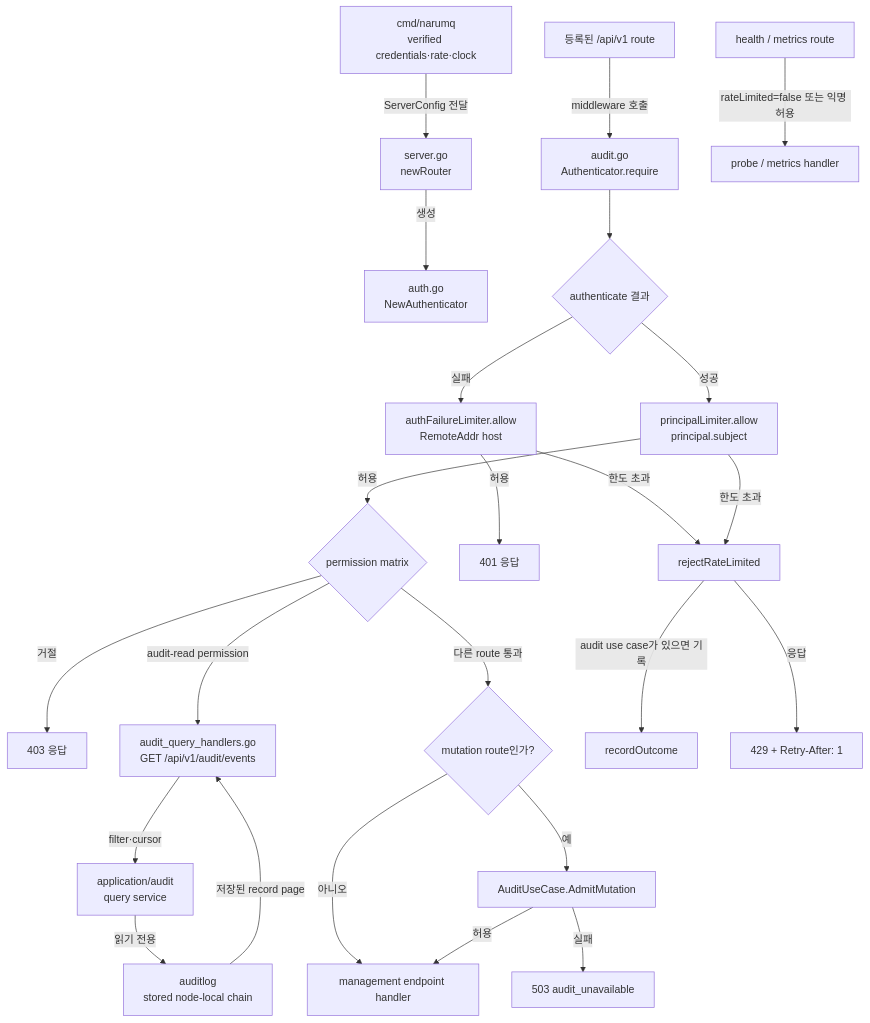
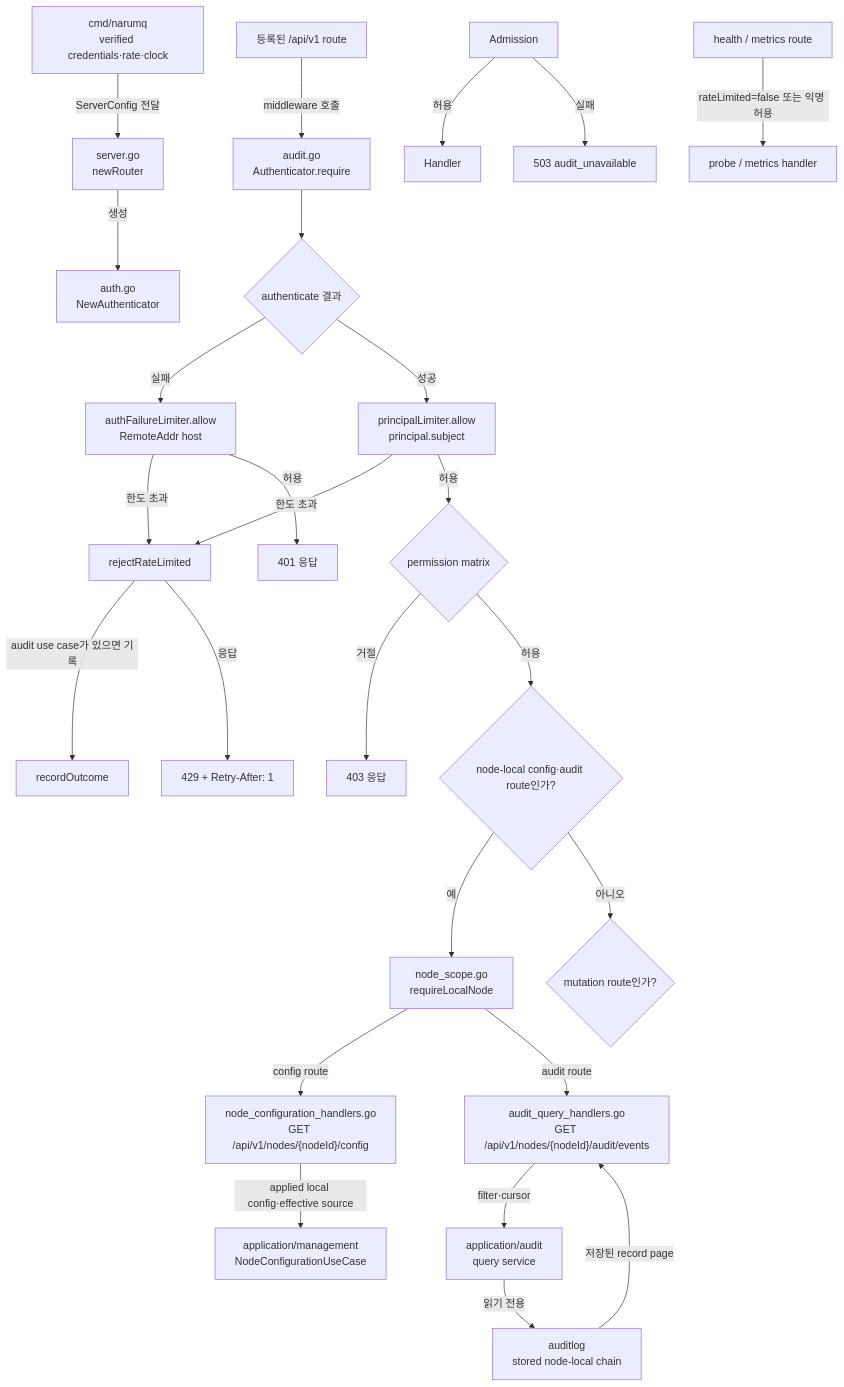
One commit to kayden-kim/narumq changed the diagram in docs/architectures/management-http-module.md. Above: the diagram before and after it, drawn with Mermaid. The commit also changed other lines of this file and 65 other files, not shown here.

Commit message:
feat: add node config and tenant quota policy APIs

````diff
--- a/docs/architectures/management-http-module.md
+++ b/docs/architectures/management-http-module.md
@@ -30,26 +30,28 @@
 ```mermaid
 flowchart TD
     Config["cmd/narumq<br/>verified credentials·rate·clock"] -->|ServerConfig 전달| Router["server.go<br/>newRouter"]
     Router -->|생성| Auth["auth.go<br/>NewAuthenticator"]
     Route["등록된 /api/v1 route"] -->|middleware 호출| Require["audit.go<br/>Authenticator.require"]
     Require --> Authenticate{"authenticate 결과"}
     Authenticate -->|실패| IPBucket["authFailureLimiter.allow<br/>RemoteAddr host"]
     IPBucket -->|한도 초과| Reject["rejectRateLimited"]
     IPBucket -->|허용| Unauthorized["401 응답"]
     Authenticate -->|성공| PrincipalBucket["principalLimiter.allow<br/>principal.subject"]
     PrincipalBucket -->|한도 초과| Reject
     PrincipalBucket -->|허용| Role{"permission matrix"}
     Role -->|거절| Forbidden["403 응답"]
-    Role -->|audit-read permission| AuditQuery["audit_query_handlers.go<br/>GET /api/v1/audit/events"]
-    Role -->|다른 route 통과| Mutation{"mutation route인가?"}
-    Mutation -->|예| Admission["AuditUseCase.AdmitMutation"]
-    Mutation -->|아니오| Handler["management endpoint handler"]
+    Role -->|허용| NodeLocalRoute{"node-local config·audit route인가?"}
+    NodeLocalRoute -->|예| NodeScope["node_scope.go<br/>requireLocalNode"]
+    NodeLocalRoute -->|아니오| Mutation{"mutation route인가?"}
+    NodeScope -->|config route| NodeConfig["node_configuration_handlers.go<br/>GET /api/v1/nodes/{nodeId}/config"]
+    NodeScope -->|audit route| AuditQuery["audit_query_handlers.go<br/>GET /api/v1/nodes/{nodeId}/audit/events"]
+    NodeConfig -->|applied local config·effective source| ConfigUseCase["application/management<br/>NodeConfigurationUseCase"]
     AuditQuery -->|filter·cursor| QueryService["application/audit<br/>query service"]
     QueryService -->|읽기 전용| AuditReader["auditlog<br/>stored node-local chain"]
     AuditReader -->|저장된 record page| AuditQuery
     Admission -->|허용| Handler
     Admission -->|실패| AuditUnavailable["503 audit_unavailable"]
     Reject -->|audit use case가 있으면 기록| Audit["recordOutcome"]
     Reject -->|응답| TooMany["429 + Retry-After: 1"]
     Probe["health / metrics route"] -->|rateLimited=false 또는 익명 허용| ProbeHandler["probe / metrics handler"]
 ```
````
